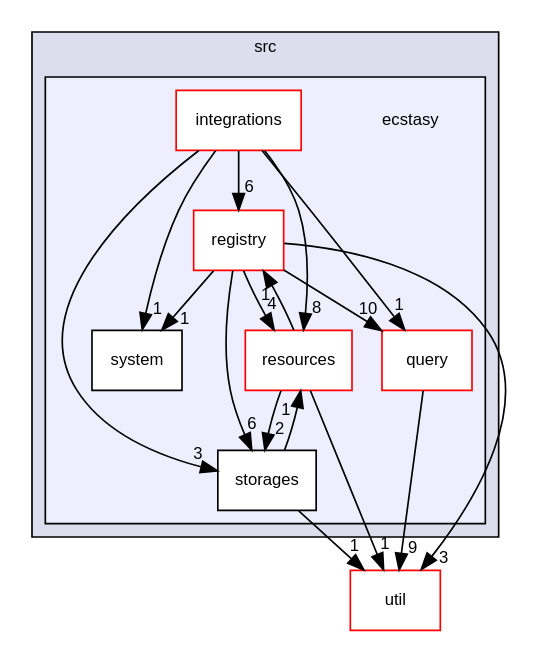
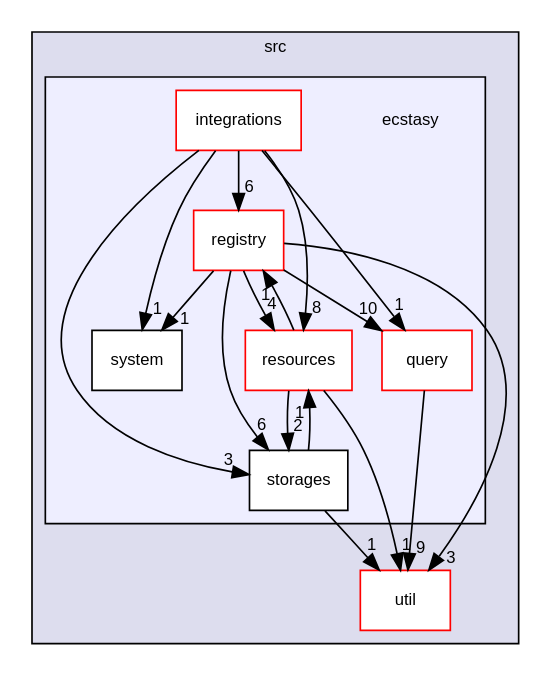
One commit to AndreasLrx/ecstasy changed the diagram in dir_6b0b9537e2784bce85aaa1605580a3a0_dep.dot. Above: the diagram before and after it, drawn with Graphviz. The commit also changed 1072 other files, not shown here.

```diff
--- a/dir_6b0b9537e2784bce85aaa1605580a3a0_dep.dot
+++ b/dir_6b0b9537e2784bce85aaa1605580a3a0_dep.dot
@@ -1,35 +1,35 @@
 digraph "src/ecstasy" {
   compound=true
   node [ fontsize="10", fontname="Helvetica"];
   edge [ labelfontsize="10", labelfontname="Helvetica"];
   subgraph clusterdir_68267d1309a1af8e8297ef4c3efbcdba {
     graph [ bgcolor="#ddddee", pencolor="black", label="src" fontname="Helvetica", fontsize="10", URL="dir_68267d1309a1af8e8297ef4c3efbcdba.html"]
+  dir_b7878ad5ecbf2506f4125b9d34c97e45 [shape=box label="util" fillcolor="white" style="filled" color="red" URL="dir_b7878ad5ecbf2506f4125b9d34c97e45.html"];
   subgraph clusterdir_6b0b9537e2784bce85aaa1605580a3a0 {
     graph [ bgcolor="#eeeeff", pencolor="black", label="" URL="dir_6b0b9537e2784bce85aaa1605580a3a0.html"];
     dir_6b0b9537e2784bce85aaa1605580a3a0 [shape=plaintext label="ecstasy"];
-    dir_f15917d6366dfa96c32563b53409824a [shape=box label="integrations" color="red" fillcolor="white" style="filled" URL="dir_f15917d6366dfa96c32563b53409824a.html"];
-    dir_5392b01d02c3d4d0985a94f633790057 [shape=box label="query" color="red" fillcolor="white" style="filled" URL="dir_5392b01d02c3d4d0985a94f633790057.html"];
-    dir_27d9dd95bf0309eb27f3bb61fbabadeb [shape=box label="registry" color="red" fillcolor="white" style="filled" URL="dir_27d9dd95bf0309eb27f3bb61fbabadeb.html"];
-    dir_8c1a170fbd0a5283d7ed264cf6df56b3 [shape=box label="resources" color="red" fillcolor="white" style="filled" URL="dir_8c1a170fbd0a5283d7ed264cf6df56b3.html"];
-    dir_4a1419ba0e8125a1fc6aeccf1492e850 [shape=box label="storages" color="black" fillcolor="white" style="filled" URL="dir_4a1419ba0e8125a1fc6aeccf1492e850.html"];
-    dir_bb1f71bfffde0d1688dd5f7686f27ec6 [shape=box label="system" color="black" fillcolor="white" style="filled" URL="dir_bb1f71bfffde0d1688dd5f7686f27ec6.html"];
+  dir_f15917d6366dfa96c32563b53409824a [shape=box label="integrations" fillcolor="white" style="filled" color="red" URL="dir_f15917d6366dfa96c32563b53409824a.html"];
+  dir_5392b01d02c3d4d0985a94f633790057 [shape=box label="query" fillcolor="white" style="filled" color="red" URL="dir_5392b01d02c3d4d0985a94f633790057.html"];
+  dir_27d9dd95bf0309eb27f3bb61fbabadeb [shape=box label="registry" fillcolor="white" style="filled" color="red" URL="dir_27d9dd95bf0309eb27f3bb61fbabadeb.html"];
+  dir_8c1a170fbd0a5283d7ed264cf6df56b3 [shape=box label="resources" fillcolor="white" style="filled" color="red" URL="dir_8c1a170fbd0a5283d7ed264cf6df56b3.html"];
+  dir_4a1419ba0e8125a1fc6aeccf1492e850 [shape=box label="storages" fillcolor="white" style="filled" URL="dir_4a1419ba0e8125a1fc6aeccf1492e850.html"];
+  dir_bb1f71bfffde0d1688dd5f7686f27ec6 [shape=box label="system" fillcolor="white" style="filled" URL="dir_bb1f71bfffde0d1688dd5f7686f27ec6.html"];
   }
   }
-  dir_b7878ad5ecbf2506f4125b9d34c97e45 [shape=box label="util" fillcolor="white" style="filled" color="red" URL="dir_b7878ad5ecbf2506f4125b9d34c97e45.html"];
   dir_5392b01d02c3d4d0985a94f633790057->dir_b7878ad5ecbf2506f4125b9d34c97e45 [headlabel="9", labeldistance=1.5 headhref="dir_000011_000024.html"];
+  dir_4a1419ba0e8125a1fc6aeccf1492e850->dir_8c1a170fbd0a5283d7ed264cf6df56b3 [headlabel="1", labeldistance=1.5 headhref="dir_000019_000017.html"];
   dir_4a1419ba0e8125a1fc6aeccf1492e850->dir_b7878ad5ecbf2506f4125b9d34c97e45 [headlabel="1", labeldistance=1.5 headhref="dir_000019_000024.html"];
-  dir_4a1419ba0e8125a1fc6aeccf1492e850->dir_8c1a170fbd0a5283d7ed264cf6df56b3 [headlabel="1", labeldistance=1.5 headhref="dir_000019_000017.html"];
+  dir_f15917d6366dfa96c32563b53409824a->dir_27d9dd95bf0309eb27f3bb61fbabadeb [headlabel="6", labeldistance=1.5 headhref="dir_000002_000014.html"];
+  dir_f15917d6366dfa96c32563b53409824a->dir_4a1419ba0e8125a1fc6aeccf1492e850 [headlabel="3", labeldistance=1.5 headhref="dir_000002_000019.html"];
+  dir_f15917d6366dfa96c32563b53409824a->dir_5392b01d02c3d4d0985a94f633790057 [headlabel="1", labeldistance=1.5 headhref="dir_000002_000011.html"];
+  dir_f15917d6366dfa96c32563b53409824a->dir_8c1a170fbd0a5283d7ed264cf6df56b3 [headlabel="8", labeldistance=1.5 headhref="dir_000002_000017.html"];
   dir_f15917d6366dfa96c32563b53409824a->dir_bb1f71bfffde0d1688dd5f7686f27ec6 [headlabel="1", labeldistance=1.5 headhref="dir_000002_000023.html"];
-  dir_f15917d6366dfa96c32563b53409824a->dir_5392b01d02c3d4d0985a94f633790057 [headlabel="1", labeldistance=1.5 headhref="dir_000002_000011.html"];
-  dir_f15917d6366dfa96c32563b53409824a->dir_4a1419ba0e8125a1fc6aeccf1492e850 [headlabel="3", labeldistance=1.5 headhref="dir_000002_000019.html"];
-  dir_f15917d6366dfa96c32563b53409824a->dir_8c1a170fbd0a5283d7ed264cf6df56b3 [headlabel="8", labeldistance=1.5 headhref="dir_000002_000017.html"];
-  dir_f15917d6366dfa96c32563b53409824a->dir_27d9dd95bf0309eb27f3bb61fbabadeb [headlabel="6", labeldistance=1.5 headhref="dir_000002_000014.html"];
+  dir_8c1a170fbd0a5283d7ed264cf6df56b3->dir_27d9dd95bf0309eb27f3bb61fbabadeb [headlabel="1", labeldistance=1.5 headhref="dir_000017_000014.html"];
+  dir_8c1a170fbd0a5283d7ed264cf6df56b3->dir_4a1419ba0e8125a1fc6aeccf1492e850 [headlabel="2", labeldistance=1.5 headhref="dir_000017_000019.html"];
   dir_8c1a170fbd0a5283d7ed264cf6df56b3->dir_b7878ad5ecbf2506f4125b9d34c97e45 [headlabel="1", labeldistance=1.5 headhref="dir_000017_000024.html"];
-  dir_8c1a170fbd0a5283d7ed264cf6df56b3->dir_4a1419ba0e8125a1fc6aeccf1492e850 [headlabel="2", labeldistance=1.5 headhref="dir_000017_000019.html"];
-  dir_8c1a170fbd0a5283d7ed264cf6df56b3->dir_27d9dd95bf0309eb27f3bb61fbabadeb [headlabel="1", labeldistance=1.5 headhref="dir_000017_000014.html"];
+  dir_27d9dd95bf0309eb27f3bb61fbabadeb->dir_4a1419ba0e8125a1fc6aeccf1492e850 [headlabel="6", labeldistance=1.5 headhref="dir_000014_000019.html"];
+  dir_27d9dd95bf0309eb27f3bb61fbabadeb->dir_5392b01d02c3d4d0985a94f633790057 [headlabel="10", labeldistance=1.5 headhref="dir_000014_000011.html"];
+  dir_27d9dd95bf0309eb27f3bb61fbabadeb->dir_8c1a170fbd0a5283d7ed264cf6df56b3 [headlabel="4", labeldistance=1.5 headhref="dir_000014_000017.html"];
   dir_27d9dd95bf0309eb27f3bb61fbabadeb->dir_b7878ad5ecbf2506f4125b9d34c97e45 [headlabel="3", labeldistance=1.5 headhref="dir_000014_000024.html"];
   dir_27d9dd95bf0309eb27f3bb61fbabadeb->dir_bb1f71bfffde0d1688dd5f7686f27ec6 [headlabel="1", labeldistance=1.5 headhref="dir_000014_000023.html"];
-  dir_27d9dd95bf0309eb27f3bb61fbabadeb->dir_5392b01d02c3d4d0985a94f633790057 [headlabel="10", labeldistance=1.5 headhref="dir_000014_000011.html"];
-  dir_27d9dd95bf0309eb27f3bb61fbabadeb->dir_4a1419ba0e8125a1fc6aeccf1492e850 [headlabel="6", labeldistance=1.5 headhref="dir_000014_000019.html"];
-  dir_27d9dd95bf0309eb27f3bb61fbabadeb->dir_8c1a170fbd0a5283d7ed264cf6df56b3 [headlabel="4", labeldistance=1.5 headhref="dir_000014_000017.html"];
 }
```
